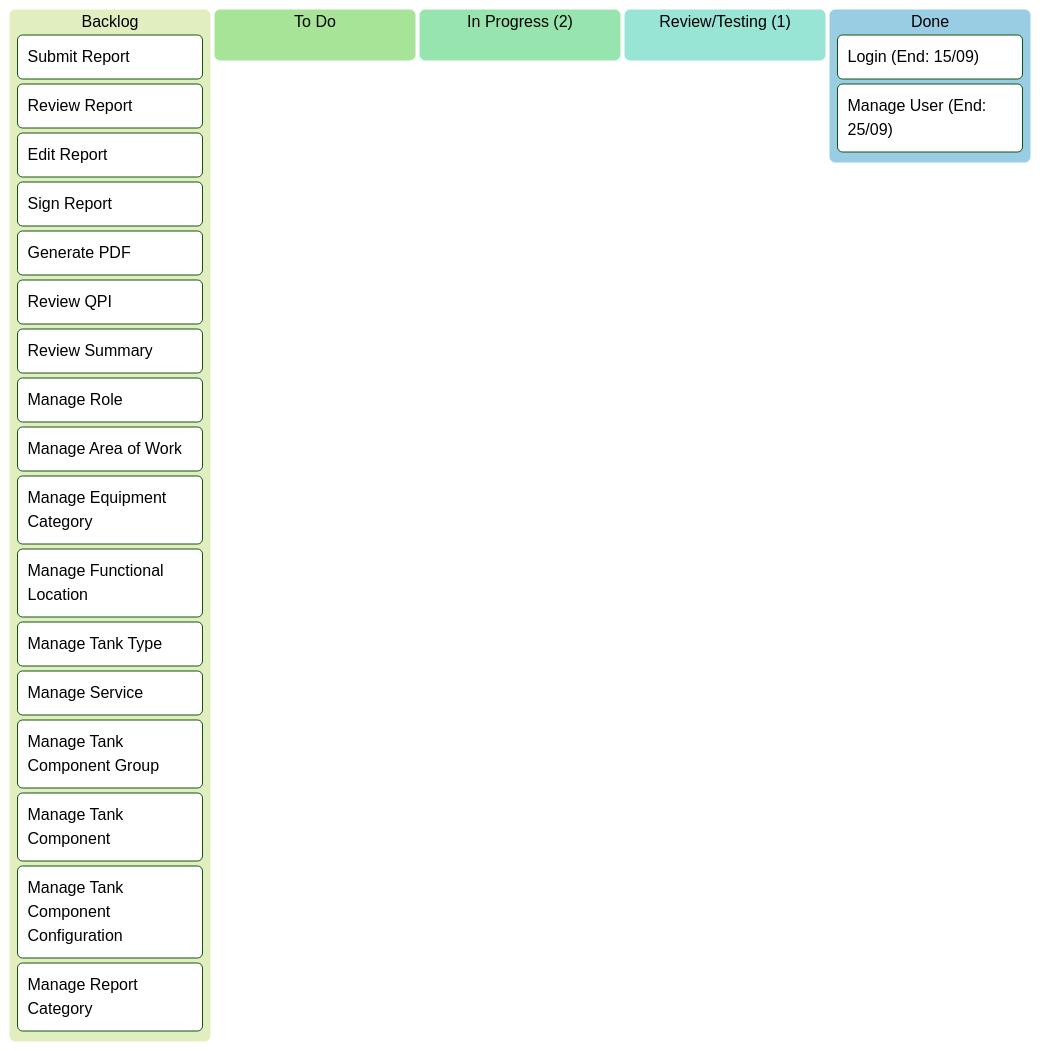
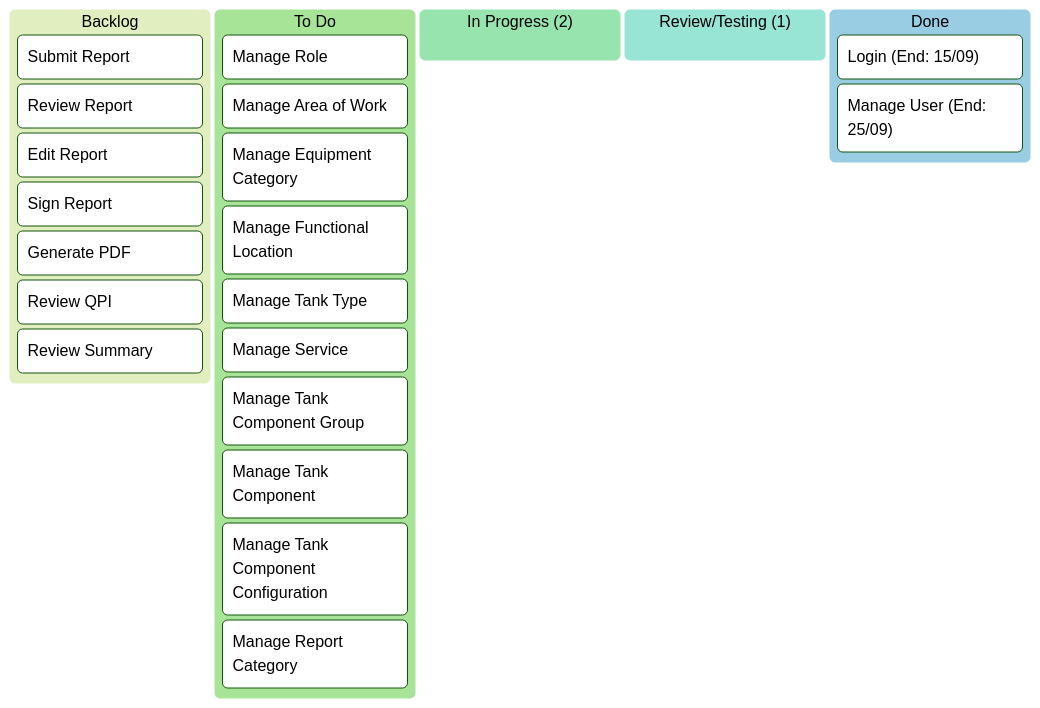
Before and after one commit to billdansr/kanban-boc-om: the diagram in Kanban/02-Kanban.md, drawn with Mermaid (forest theme).

Commit message:
vault backup: 2025-10-01 09:09:21
Moved Admin Tasks from Backlog to To Do

````diff
--- a/Kanban/02-Kanban.md
+++ b/Kanban/02-Kanban.md
@@ -3,33 +3,32 @@
 ```mermaid
 kanban
   backlog[Backlog]
 	  b2[Submit Report]
 	  b3[Review Report]
 	  b4[Edit Report]
 	  b5[Sign Report]
 	  b6[Generate PDF]
 	  b7[Review QPI]
 	  b8[Review Summary]
-	  b10[Manage Role]
-	  b11[Manage Area of Work]
-	  b12[Manage Equipment Category]
-	  b13[Manage Functional Location]
-	  b14[Manage Tank Type]
-	  b15[Manage Service]
-	  b16[Manage Tank Component Group]
-	  b17[Manage Tank Component]
-	  b18[Manage Tank Component Configuration]
-	  b19[Manage Report Category]
 
   todo[To Do]
-	  
+	  t10[Manage Role]
+	  t11[Manage Area of Work]
+	  t12[Manage Equipment Category]
+	  t13[Manage Functional Location]
+	  t14[Manage Tank Type]
+	  t15[Manage Service]
+	  t16[Manage Tank Component Group]
+	  t17[Manage Tank Component]
+	  t18[Manage Tank Component Configuration]
+	  t19[Manage Report Category]
 
   inprogress["In Progress (2)"]
 
 
   review["Review/Testing (1)"]
 
   done[Done]
 	  d1["Login (End: 15/09)"]
 	  d9["Manage User (End: 25/09)"]
 ```
````
